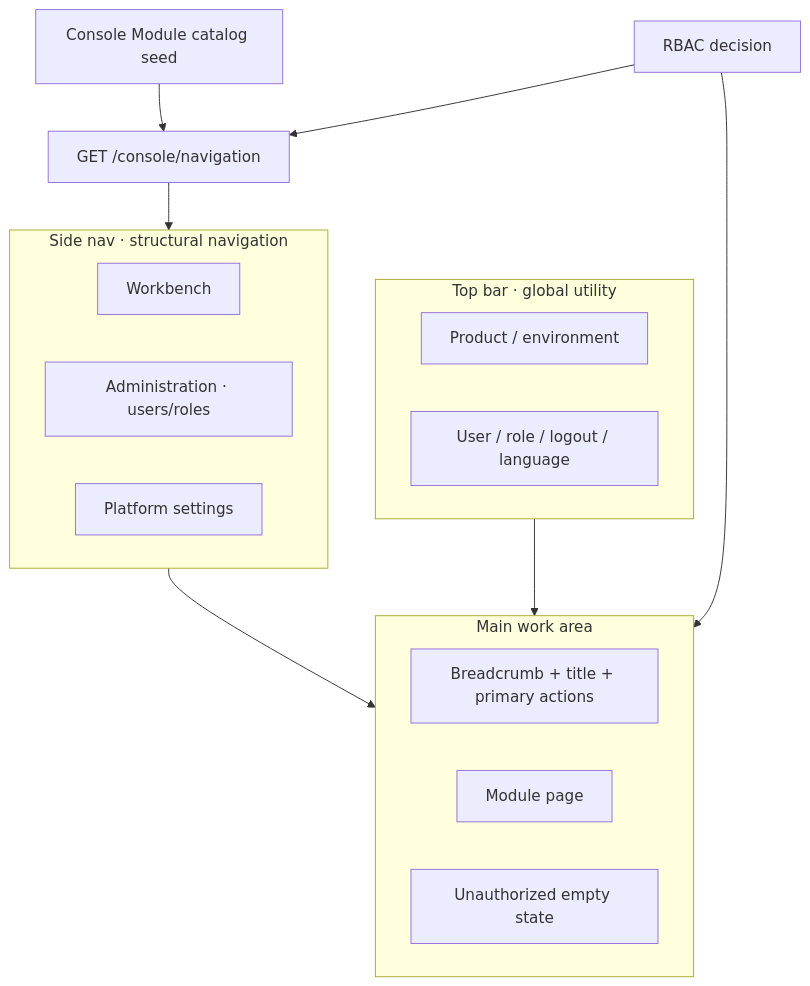
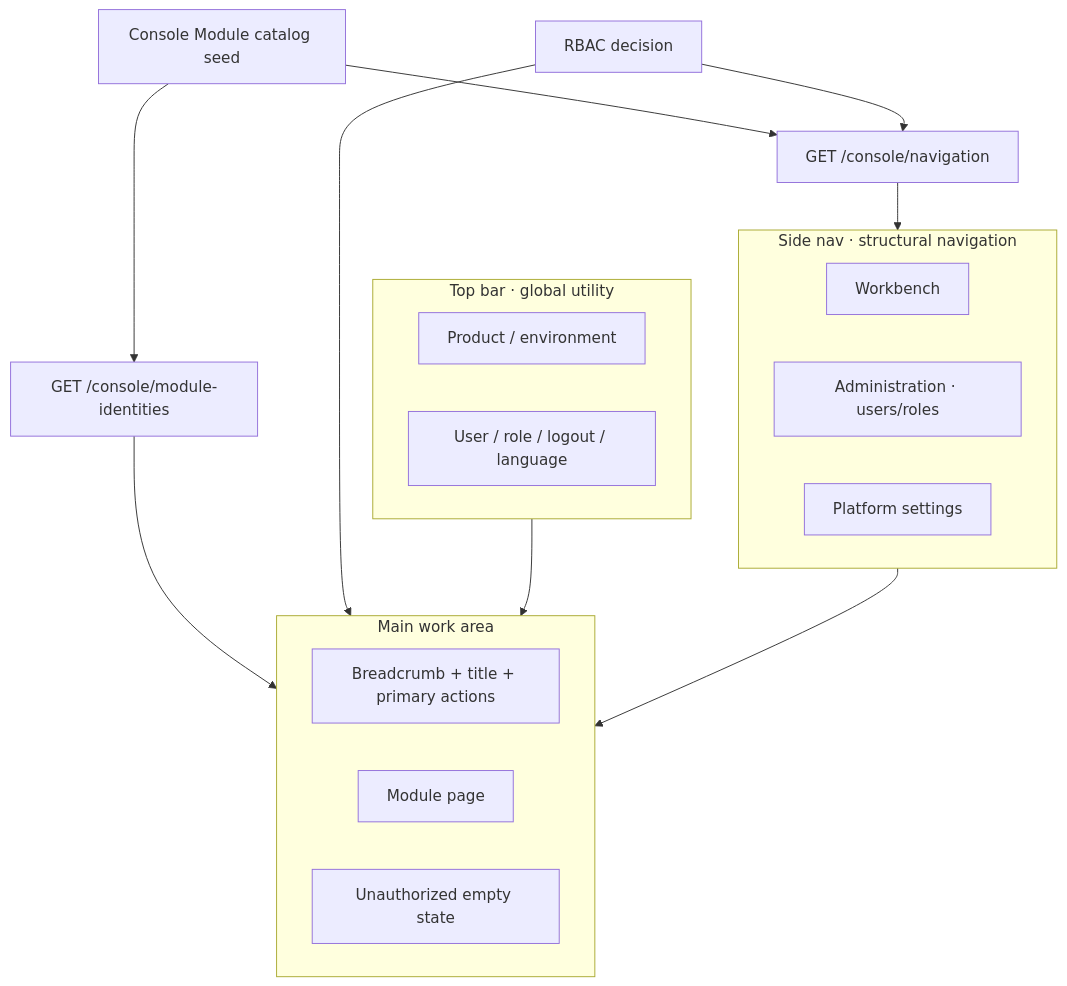
One commit to hughluang/refraq changed the diagram in docs/business-management-console.md. Above: the diagram before and after it, drawn with Mermaid. The commit also changed other lines of this file and 30 other files, not shown here.

First line of the commit message:
feat(console): enhance module identity management and API integration

````diff
--- a/docs/business-management-console.md
+++ b/docs/business-management-console.md
@@ -121,26 +121,28 @@
 ```mermaid
 flowchart TB
   subgraph TopBar["Top bar · global utility"]
     Brand["Product / environment"]
     UserMenu["User / role / logout / language"]
   end
 
   subgraph SideNav["Side nav · structural navigation"]
     G1["Workbench"]
     G2["Administration · users/roles"]
     G3["Platform settings"]
   end
 
   subgraph Main["Main work area"]
     Chrome["Breadcrumb + title + primary actions"]
     Body["Module page"]
     Empty["Unauthorized empty state"]
   end
 
   Catalog["Console Module catalog seed"] --> NavAPI["GET /console/navigation"]
+  Catalog --> IdAPI["GET /console/module-identities"]
   RBAC["RBAC decision"] --> NavAPI
   NavAPI --> SideNav
+  IdAPI --> Main
   RBAC --> Main
   TopBar --> Main
   SideNav --> Main
 ```
````
